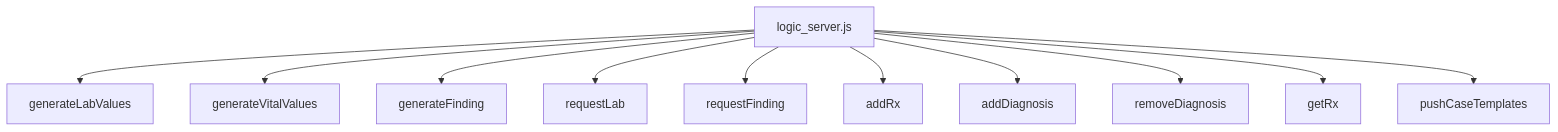
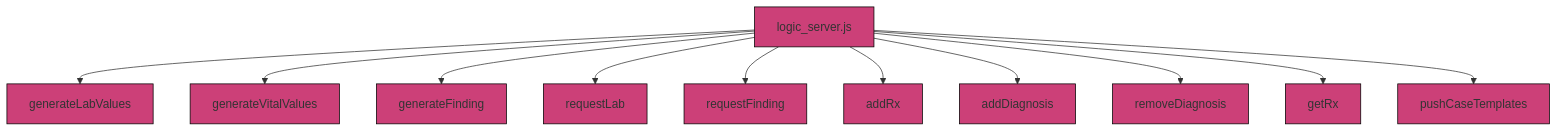
Before and after one commit to jan-cieslik/clinicedge_docs: the first of 5 diagrams in docs/Database_Structure/3_4_1_logic_server.md, drawn with Mermaid. The commit also changed other lines of this file and 8 other files, not shown here.

````diff
--- a/docs/Database_Structure/3_4_1_logic_server.md
+++ b/docs/Database_Structure/3_4_1_logic_server.md
@@ -11,13 +11,18 @@
 ```mermaid
 graph TD
-  A[logic_server.js] --> B[generateLabValues]
-  A --> C[generateVitalValues]
-  A --> D[generateFinding]
-  A --> E[requestLab]
-  A --> F[requestFinding]
-  A --> G[addRx]
-  A --> H[addDiagnosis]
-  A --> I[removeDiagnosis]
-  A --> J[getRx]
-  A --> K[pushCaseTemplates]
+  A[logic_server.js]:::logic --> B[generateLabValues]:::logic
+  A --> C[generateVitalValues]:::logic
+  A --> D[generateFinding]:::logic
+  A --> E[requestLab]:::logic
+  A --> F[requestFinding]:::logic
+  A --> G[addRx]:::logic
+  A --> H[addDiagnosis]:::logic
+  A --> I[removeDiagnosis]:::logic
+  A --> J[getRx]:::logic
+  A --> K[pushCaseTemplates]:::logic
+
+classDef supabase fill:#40cc8c,stroke:#000000,stroke-width:1px;
+classDef UI fill:#30acac,stroke:#000000,stroke-width:1px;
+classDef logic fill:#cc4078,stroke:#000000,stroke-width:1px;
+classDef reference fill:#8240cc,stroke:#000000,stroke-width:1px;
 ```
````
